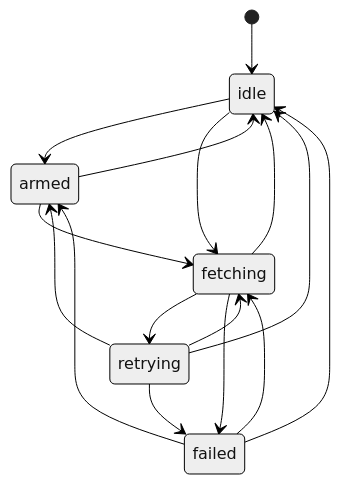
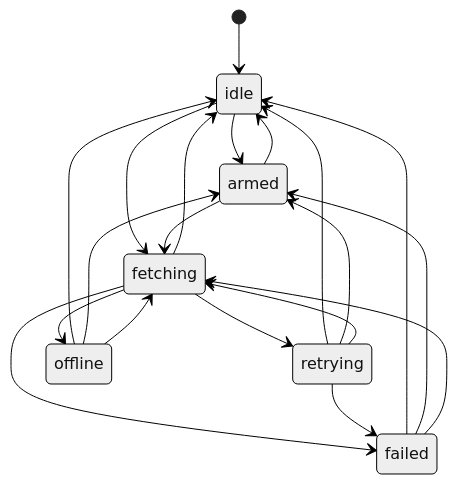
Before and after one commit to ogygiajs/ogygia: the first of 2 diagrams in internal/notes/flows/holes.md, drawn with Mermaid (neutral theme).

Commit message:
docs: redraw the flow notes from the machines as main has them (offline states)

````diff
--- a/internal/notes/flows/holes.md
+++ b/internal/notes/flows/holes.md
@@ -44,18 +44,22 @@
 ```mermaid
 stateDiagram-v2
     [*] --> idle
     idle --> armed
     idle --> fetching
     armed --> idle
     armed --> fetching
     fetching --> idle
     fetching --> retrying
+    fetching --> offline
     fetching --> failed
     retrying --> idle
     retrying --> armed
     retrying --> fetching
     retrying --> failed
+    offline --> idle
+    offline --> armed
+    offline --> fetching
     failed --> idle
     failed --> armed
     failed --> fetching
 ```
````
